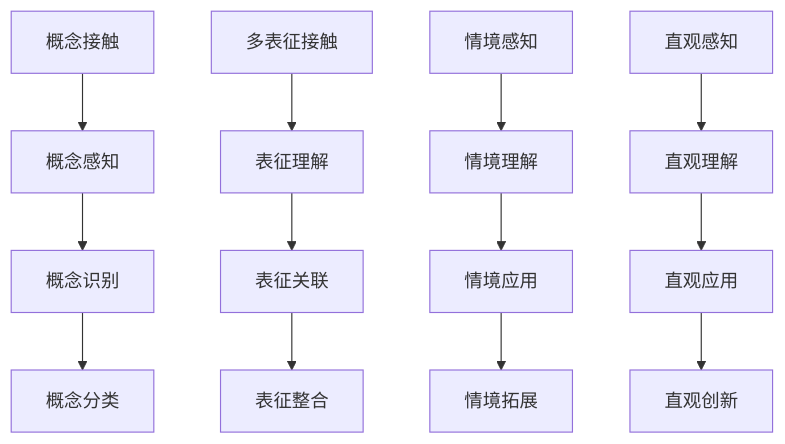
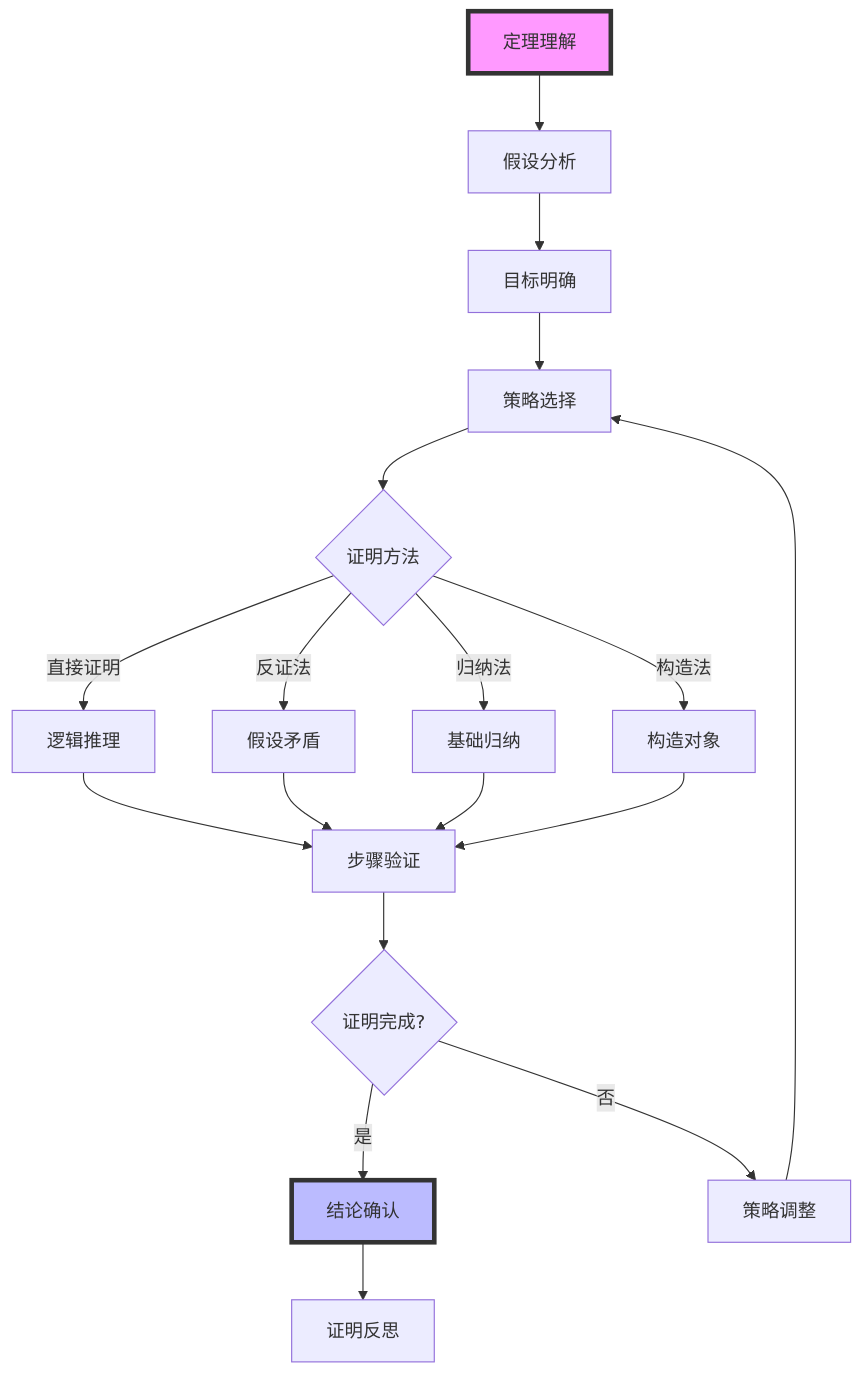
Before and after one commit to AdaMartin18010/SeniorMath: the fourth of 10 diagrams in mindmaps/flow-charts/数学思维流程图.md, drawn with Mermaid. The commit also changed other lines of this file and 36 other files, not shown here.

````diff
--- a/mindmaps/flow-charts/数学思维流程图.md
+++ b/mindmaps/flow-charts/数学思维流程图.md
@@ -145,18 +132,27 @@
 ```mermaid
 graph TD
-    A[概念接触] --> B[概念感知]
-    B --> C[概念识别]
-    C --> D[概念分类]
+    A[定理理解] --> B[假设分析]
+    B --> C[目标明确]
+    C --> D[策略选择]
     
-    E[多表征接触] --> F[表征理解]
-    F --> G[表征关联]
-    G --> H[表征整合]
+    D --> E{证明方法}
+    E -->|直接证明| F[逻辑推理]
+    E -->|反证法| G[假设矛盾]
+    E -->|归纳法| H[基础归纳]
+    E -->|构造法| I[构造对象]
     
-    I[情境感知] --> J[情境理解]
-    J --> K[情境应用]
-    K --> L[情境拓展]
+    F --> J[步骤验证]
+    G --> J
+    H --> J
+    I --> J
     
-    M[直观感知] --> N[直观理解]
-    N --> O[直观应用]
-    O --> P[直观创新]
+    J --> K{证明完成?}
+    K -->|是| L[结论确认]
+    K -->|否| M[策略调整]
+    M --> D
+    
+    L --> N[证明反思]
+    
+    style A fill:#f9f,stroke:#333,stroke-width:4px
+    style L fill:#bbf,stroke:#333,stroke-width:4px
 ```
````
